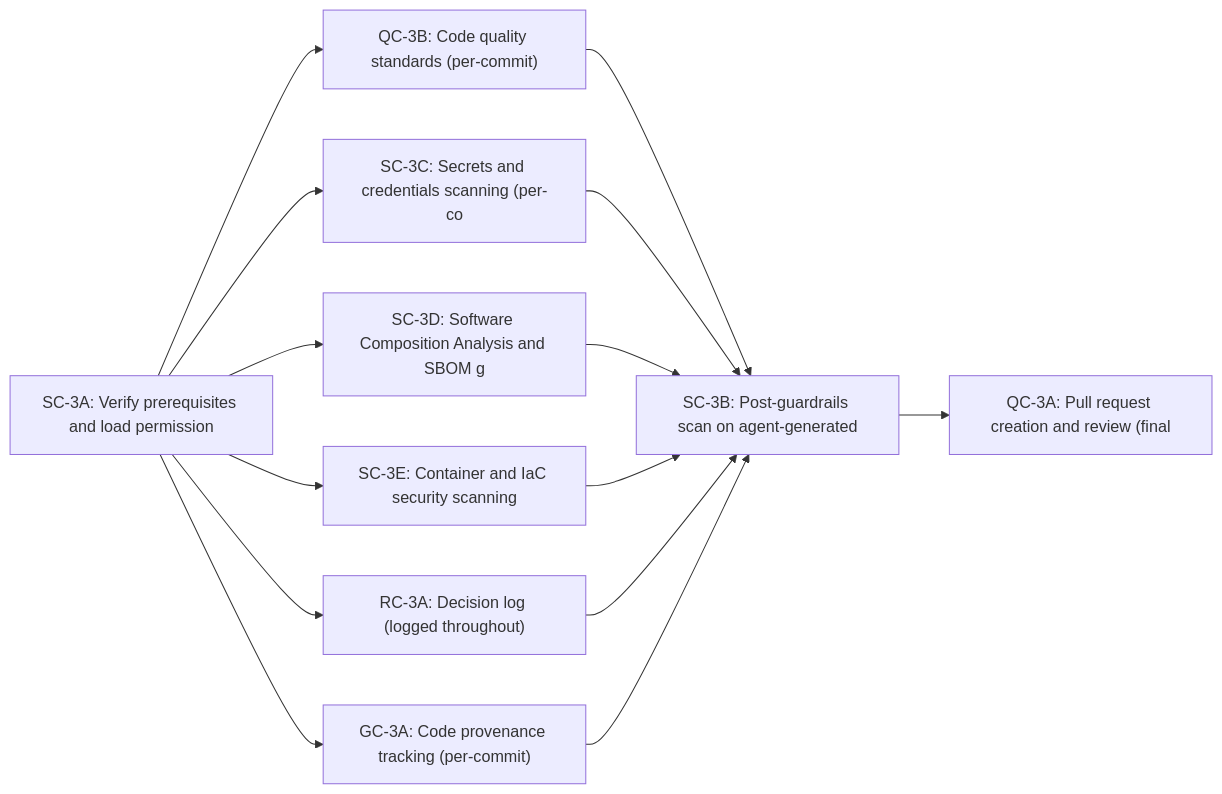
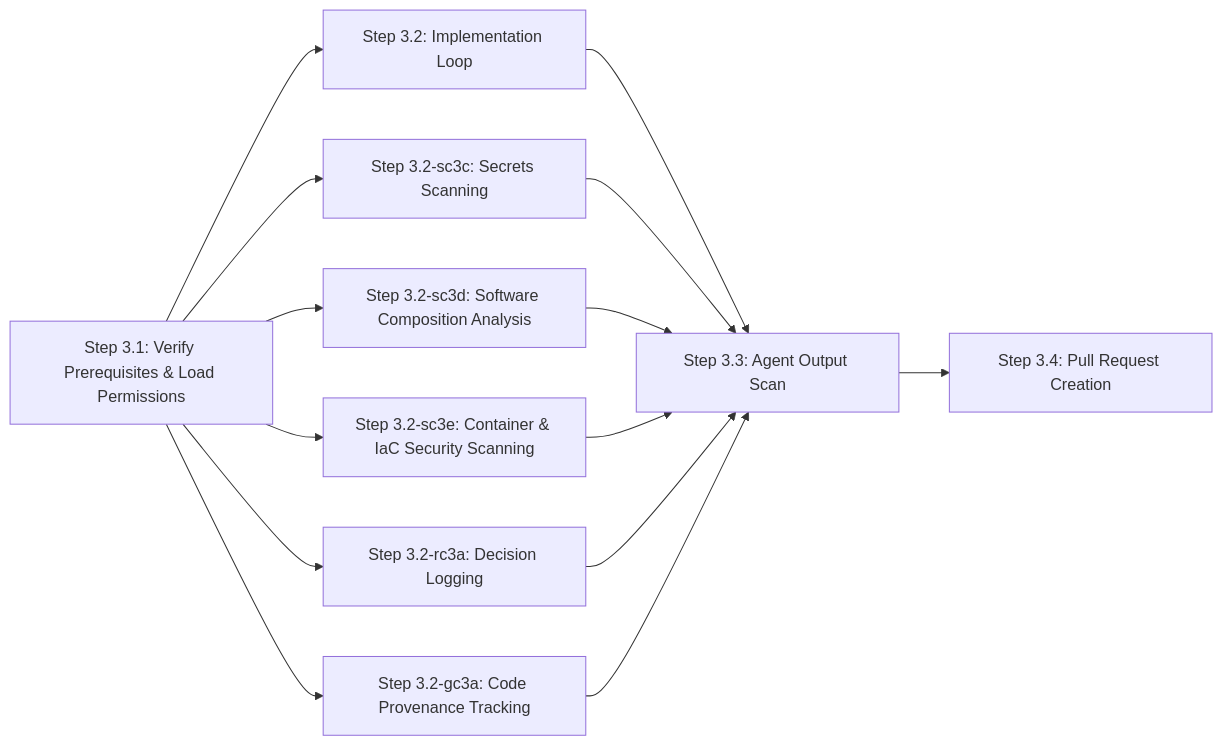
The diagram in stages/03-coding-implementation/README.md (jvanheerikhuize/a-sdlc), drawn with Mermaid before and after one commit. The commit also changed other lines of this file and 18 other files, not shown here.

First line of the commit message:
Base mermaid workflow diagrams on steps instead of controls

````diff
--- a/stages/03-coding-implementation/README.md
+++ b/stages/03-coding-implementation/README.md
@@ -42,25 +42,25 @@
 ```mermaid
 graph LR
-  n-sc3a["SC-3A: Verify prerequisites and load permission"]
-  n-qc3b["QC-3B: Code quality standards (per-commit)"]
-  n-sc3c["SC-3C: Secrets and credentials scanning (per-co"]
-  n-sc3d["SC-3D: Software Composition Analysis and SBOM g"]
-  n-sc3e["SC-3E: Container and IaC security scanning"]
-  n-rc3a["RC-3A: Decision log (logged throughout)"]
-  n-gc3a["GC-3A: Code provenance tracking (per-commit)"]
-  n-sc3b["SC-3B: Post-guardrails scan on agent-generated "]
-  n-qc3a["QC-3A: Pull request creation and review (final "]
+  n-sc3a["Step 3.1: Verify Prerequisites & Load Permissions"]
+  n-qc3b["Step 3.2: Implementation Loop"]
+  n-sc3c["Step 3.2-sc3c: Secrets Scanning"]
+  n-sc3d["Step 3.2-sc3d: Software Composition Analysis"]
+  n-sc3e["Step 3.2-sc3e: Container & IaC Security Scanning"]
+  n-rc3a["Step 3.2-rc3a: Decision Logging"]
+  n-gc3a["Step 3.2-gc3a: Code Provenance Tracking"]
+  n-sc3b["Step 3.3: Agent Output Scan"]
+  n-qc3a["Step 3.4: Pull Request Creation"]
   n-sc3a --> n-qc3b
   n-sc3a --> n-sc3c
   n-sc3a --> n-sc3d
   n-sc3a --> n-sc3e
   n-sc3a --> n-rc3a
   n-sc3a --> n-gc3a
   n-qc3b --> n-sc3b
   n-sc3c --> n-sc3b
   n-sc3d --> n-sc3b
   n-sc3e --> n-sc3b
   n-rc3a --> n-sc3b
   n-gc3a --> n-sc3b
   n-sc3b --> n-qc3a
 ```
````
